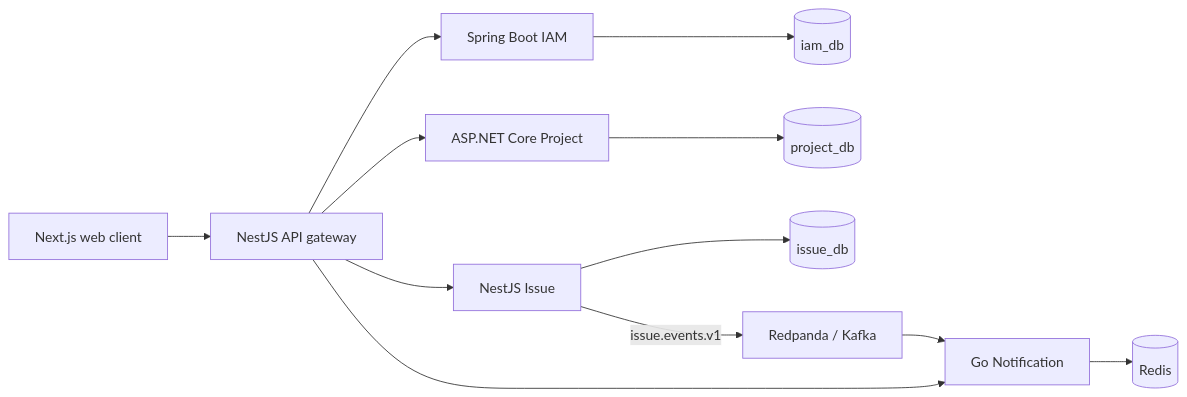
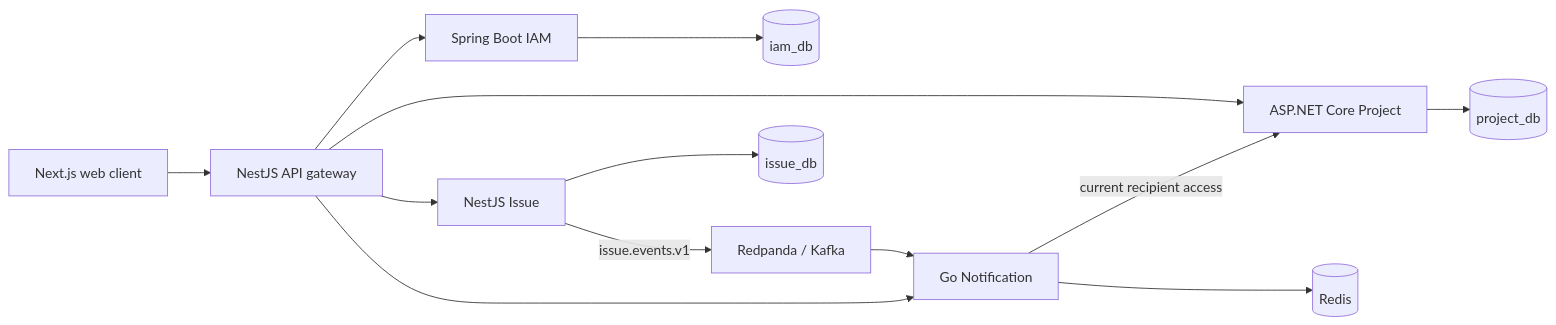
One commit to NicolaiHong/jira-microservices-lab changed the diagram in docs/architecture/overview.md. Above: the diagram before and after it, drawn with Mermaid. The commit also changed 37 other files, not shown here.

First line of the commit message:
Revalidate recipient access before projection

````diff
--- a/docs/architecture/overview.md
+++ b/docs/architecture/overview.md
@@ -7,14 +7,15 @@
 ```mermaid
 flowchart LR
   Web[Next.js web client] --> Gateway[NestJS API gateway]
   Gateway --> IAM[Spring Boot IAM]
   Gateway --> Project[ASP.NET Core Project]
   Gateway --> Issue[NestJS Issue]
   Gateway --> Notification[Go Notification]
   IAM --> IAMDB[(iam_db)]
   Project --> ProjectDB[(project_db)]
   Issue --> IssueDB[(issue_db)]
   Issue -->|issue.events.v1| Kafka[Redpanda / Kafka]
   Kafka --> Notification
+  Notification -->|current recipient access| Project
   Notification --> Redis[(Redis)]
 ```
````
